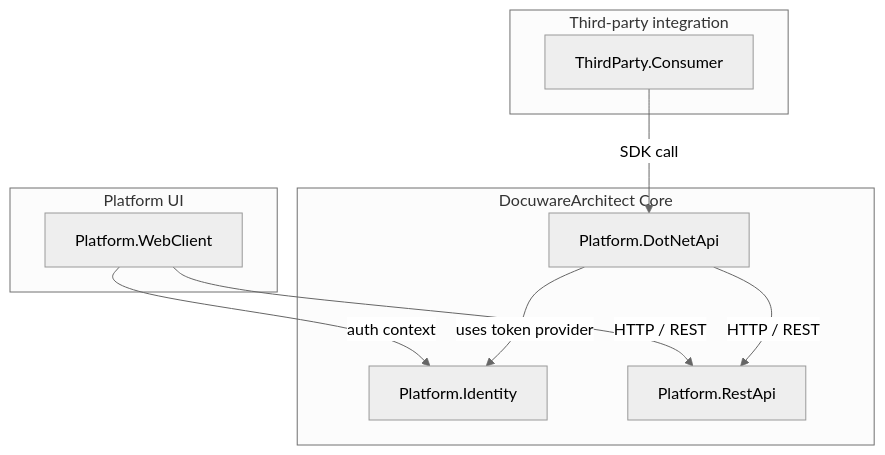
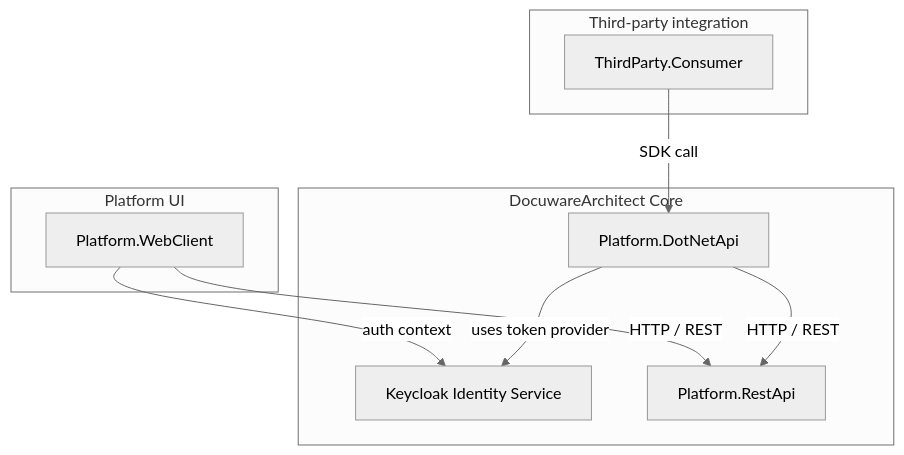
One commit to haoyucheng369-gif/DocuwareArchitect changed the diagram in README.md. Above: the diagram before and after it, drawn with Mermaid (neutral theme). The commit also changed other lines of this file and 9 other files, not shown here.

````diff
--- a/README.md
+++ b/README.md
@@ -14,22 +14,22 @@
 ```mermaid
 flowchart TB
     subgraph Core["DocuwareArchitect Core"]
-        I[Platform.Identity]
+        I[Keycloak Identity Service]
         R[Platform.RestApi]
         S[Platform.DotNetApi]
     end
 
     subgraph FirstParty["Platform UI"]
         W[Platform.WebClient]
     end
 
     subgraph External["Third-party integration"]
         T[ThirdParty.Consumer]
     end
 
     W -->|HTTP / REST| R
     W -->|auth context| I
     T -->|SDK call| S
     S -->|HTTP / REST| R
     S -->|uses token provider| I
 ```
````
